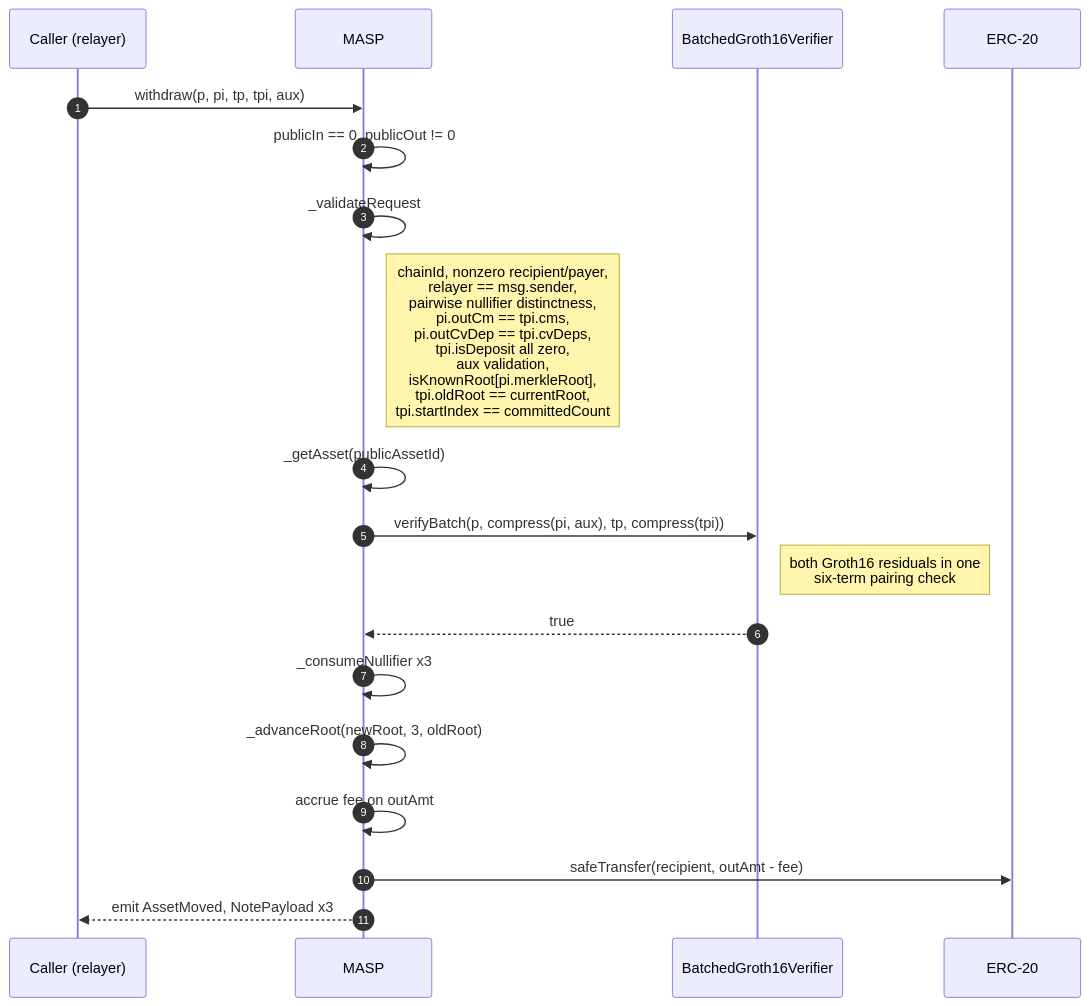
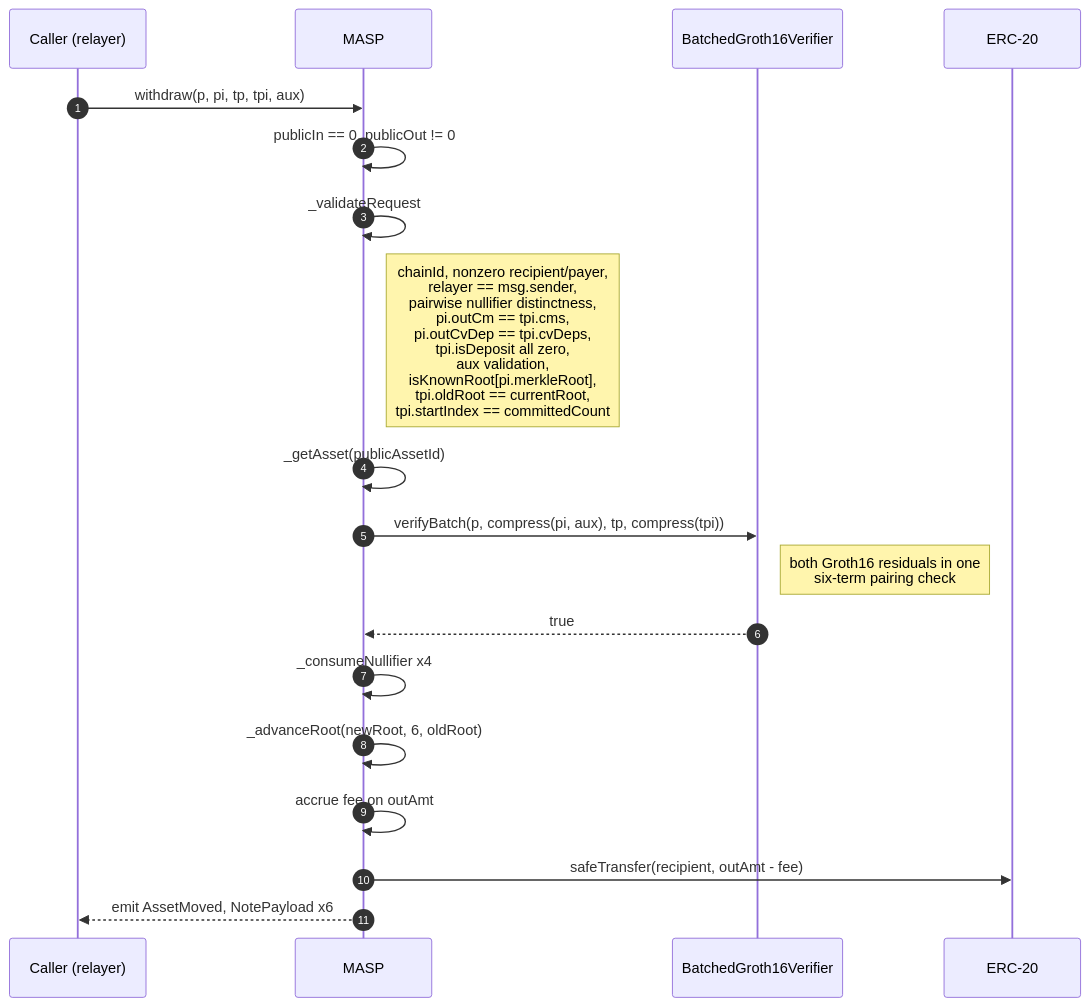
Before and after one commit to lelantos-org/contracts: the eighth of 11 diagrams in src/README.md, drawn with Mermaid. The commit also changed other lines of this file and 126 other files, not shown here.

````diff
--- a/src/README.md
+++ b/src/README.md
@@ -371,22 +402,22 @@
 ```mermaid
 sequenceDiagram
   autonumber
   participant C as Caller (relayer)
   participant M as MASP
   participant BV as BatchedGroth16Verifier
   participant T as ERC-20
 
   C->>M: withdraw(p, pi, tp, tpi, aux)
   M->>M: publicIn == 0, publicOut != 0
   M->>M: _validateRequest
   Note right of M: chainId, nonzero recipient/payer,<br/>relayer == msg.sender,<br/>pairwise nullifier distinctness,<br/>pi.outCm == tpi.cms,<br/>pi.outCvDep == tpi.cvDeps,<br/>tpi.isDeposit all zero,<br/>aux validation,<br/>isKnownRoot[pi.merkleRoot],<br/>tpi.oldRoot == currentRoot,<br/>tpi.startIndex == committedCount
   M->>M: _getAsset(publicAssetId)
   M->>BV: verifyBatch(p, compress(pi, aux), tp, compress(tpi))
   Note right of BV: both Groth16 residuals in one<br/>six-term pairing check
   BV-->>M: true
-  M->>M: _consumeNullifier x3
-  M->>M: _advanceRoot(newRoot, 3, oldRoot)
+  M->>M: _consumeNullifier x4
+  M->>M: _advanceRoot(newRoot, 6, oldRoot)
   M->>M: accrue fee on outAmt
   M->>T: safeTransfer(recipient, outAmt - fee)
-  M-->>C: emit AssetMoved, NotePayload x3
+  M-->>C: emit AssetMoved, NotePayload x6
 ```
````
